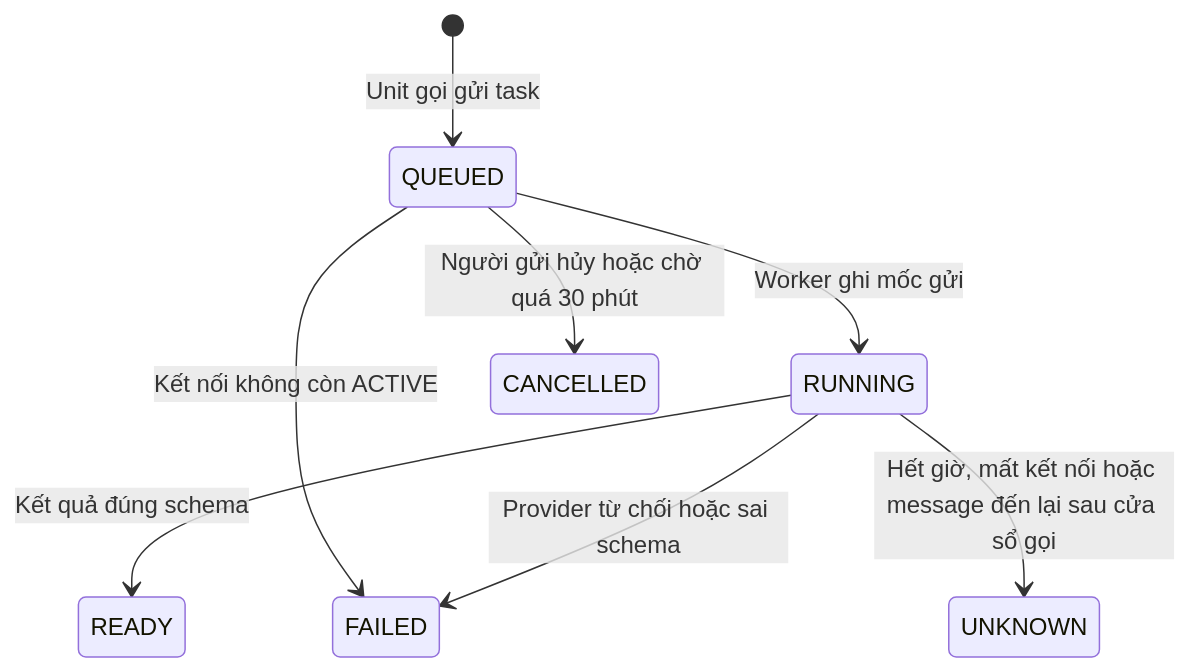
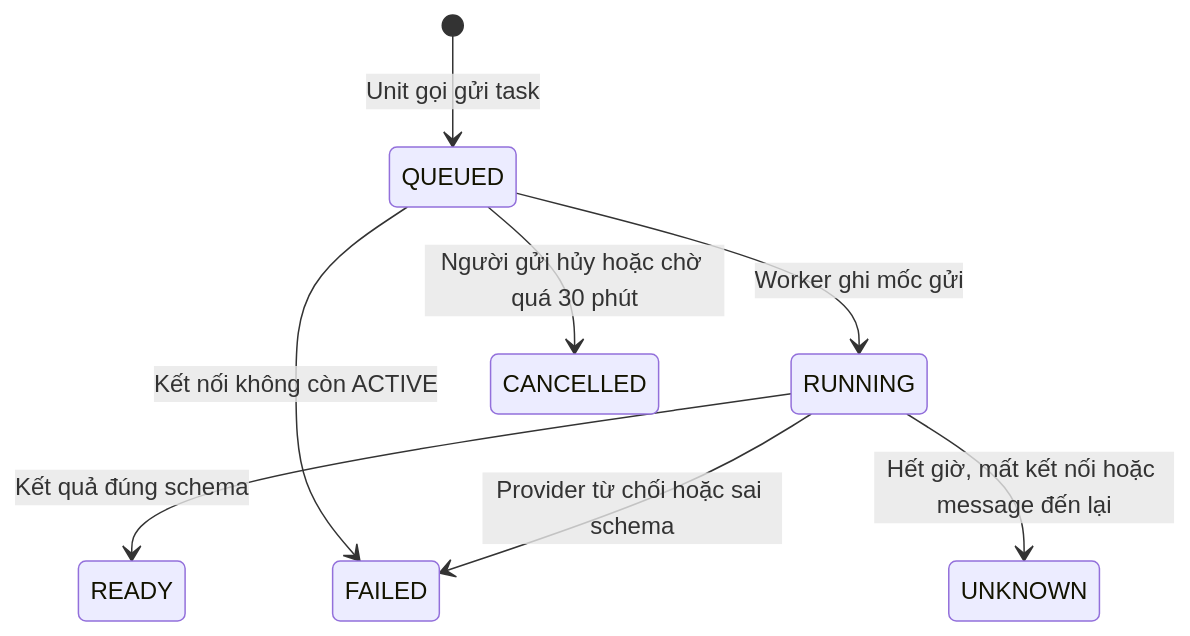
Before and after one commit to hygef-v4/AI-Powered-Learning-Platform: the second of 2 diagrams in aidlc-docs/construction/u06-ai-connections/functional-design/domain-entities.md, drawn with Mermaid. The commit also changed other lines of this file and 2639 other files, not shown here.

````diff
--- a/aidlc-docs/construction/u06-ai-connections/functional-design/domain-entities.md
+++ b/aidlc-docs/construction/u06-ai-connections/functional-design/domain-entities.md
@@ -77,10 +74,10 @@
 ```mermaid
 stateDiagram-v2
     [*] --> QUEUED: Unit gọi gửi task
     QUEUED --> RUNNING: Worker ghi mốc gửi
     QUEUED --> CANCELLED: Người gửi hủy hoặc chờ quá 30 phút
     QUEUED --> FAILED: Kết nối không còn ACTIVE
     RUNNING --> READY: Kết quả đúng schema
     RUNNING --> FAILED: Provider từ chối hoặc sai schema
-    RUNNING --> UNKNOWN: Hết giờ, mất kết nối hoặc message đến lại sau cửa sổ gọi
+    RUNNING --> UNKNOWN: Hết giờ, mất kết nối hoặc message đến lại
 ```
````
